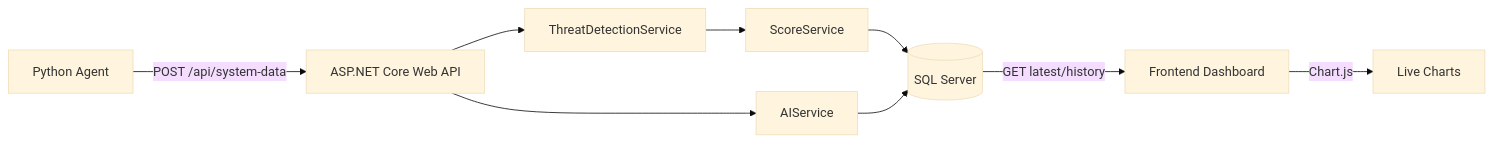
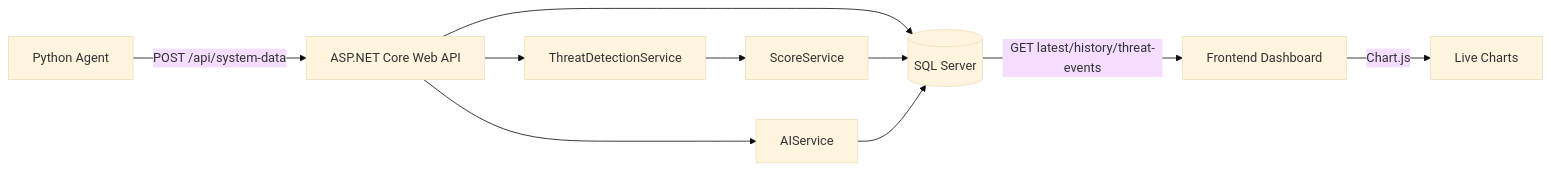
The first of 2 diagrams in README.md (AFurkanOcel/SysScore), drawn with Mermaid (base theme) before and after one commit. The commit also changed other lines of this file and 10 other files, not shown here.

````diff
--- a/README.md
+++ b/README.md
@@ -231,11 +235,12 @@
 ```mermaid
 flowchart LR
     A[Python Agent] -->|POST /api/system-data| B[ASP.NET Core Web API]
     B --> C[ThreatDetectionService]
     C --> D[ScoreService]
     B --> E[AIService]
-    D --> F[(SQL Server)]
+    B --> F[(SQL Server)]
+    D --> F
     E --> F
-    F -->|GET latest/history| G[Frontend Dashboard]
+    F -->|GET latest/history/threat-events| G[Frontend Dashboard]
     G -->|Chart.js| H[Live Charts]
 ```
````
